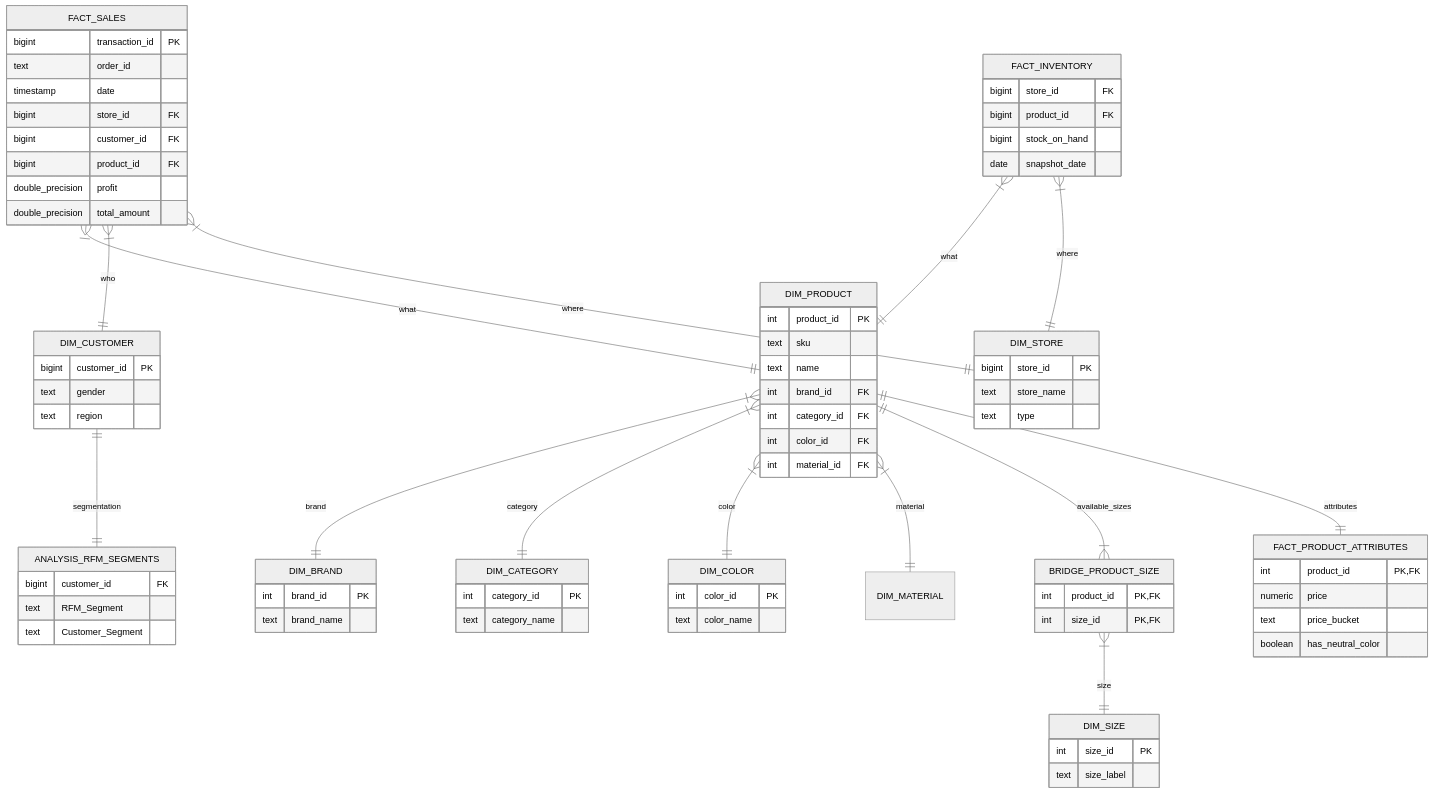
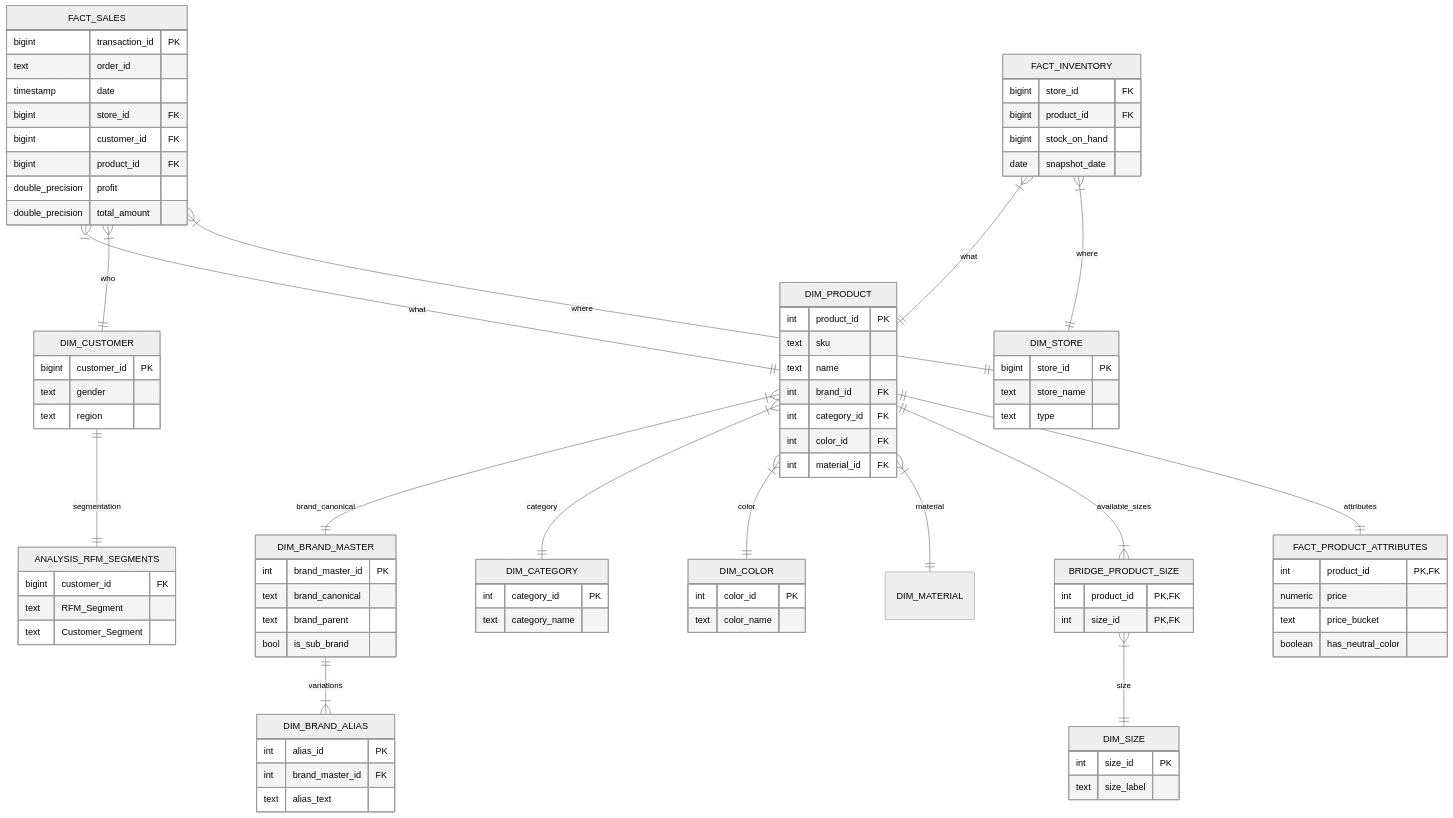
Before and after one commit to azahrulsmavo-design/asos_ecommerce: the diagram in docs/DATA_DICTIONARY.md, drawn with Mermaid (neutral theme). The commit also changed other lines of this file and 77 other files, not shown here.

Commit message:
feat: Implement Brand Master System (Schema, ETL, Verification)

```diff
--- a/docs/DATA_DICTIONARY.md
+++ b/docs/DATA_DICTIONARY.md
@@ -43,9 +43,16 @@
         int color_id FK
         int material_id FK
     }
-    DIM_BRAND {
-        int brand_id PK
-        text brand_name
+    DIM_BRAND_MASTER {
+        int brand_master_id PK
+        text brand_canonical
+        text brand_parent
+        bool is_sub_brand
+    }
+    DIM_BRAND_ALIAS {
+        int alias_id PK
+        int brand_master_id FK
+        text alias_text
     }
     DIM_CATEGORY {
         int category_id PK
@@ -85,7 +92,8 @@
     FACT_INVENTORY }|--|| DIM_PRODUCT : "what"
     FACT_INVENTORY }|--|| DIM_STORE : "where"
     
-    DIM_PRODUCT }|--|| DIM_BRAND : "brand"
+    DIM_PRODUCT }|--|| DIM_BRAND_MASTER : "brand_canonical"
+    DIM_BRAND_MASTER ||--|{ DIM_BRAND_ALIAS : "variations"
     DIM_PRODUCT }|--|| DIM_CATEGORY : "category"
     DIM_PRODUCT }|--|| DIM_COLOR : "color"
     DIM_PRODUCT }|--|| DIM_MATERIAL : "material"
```
